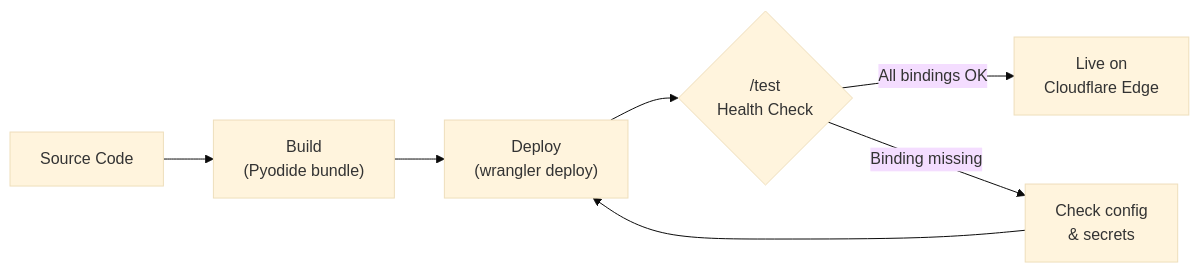
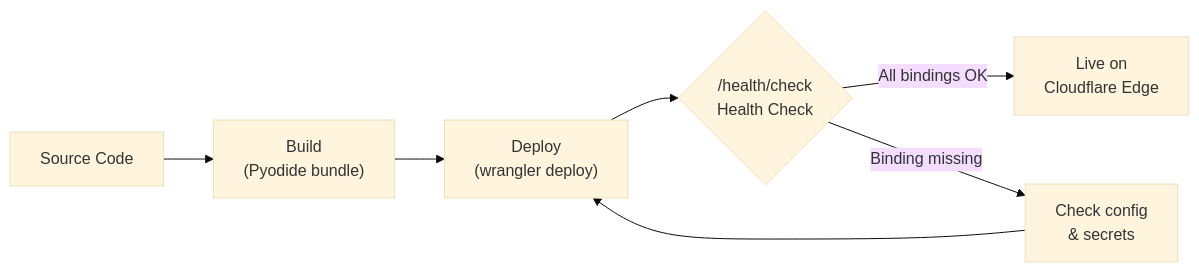
The fourth of 4 diagrams in docs/production.md (bruj0/vectorize-mcp-worker-python), drawn with Mermaid (base theme) before and after one commit. The commit also changed other lines of this file and 55 other files, not shown here.

````diff
--- a/docs/production.md
+++ b/docs/production.md
@@ -112,9 +112,9 @@
 ```mermaid
 flowchart LR
     Code[Source Code] --> Build["Build<br/>(Pyodide bundle)"]
     Build --> Deploy["Deploy<br/>(wrangler deploy)"]
-    Deploy --> Health{"/test<br/>Health Check"}
+    Deploy --> Health{"/health/check<br/>Health Check"}
     Health -->|All bindings OK| Live["Live on<br/>Cloudflare Edge"]
     Health -->|Binding missing| Fix["Check config<br/>& secrets"]
     Fix --> Deploy
 ```
````
